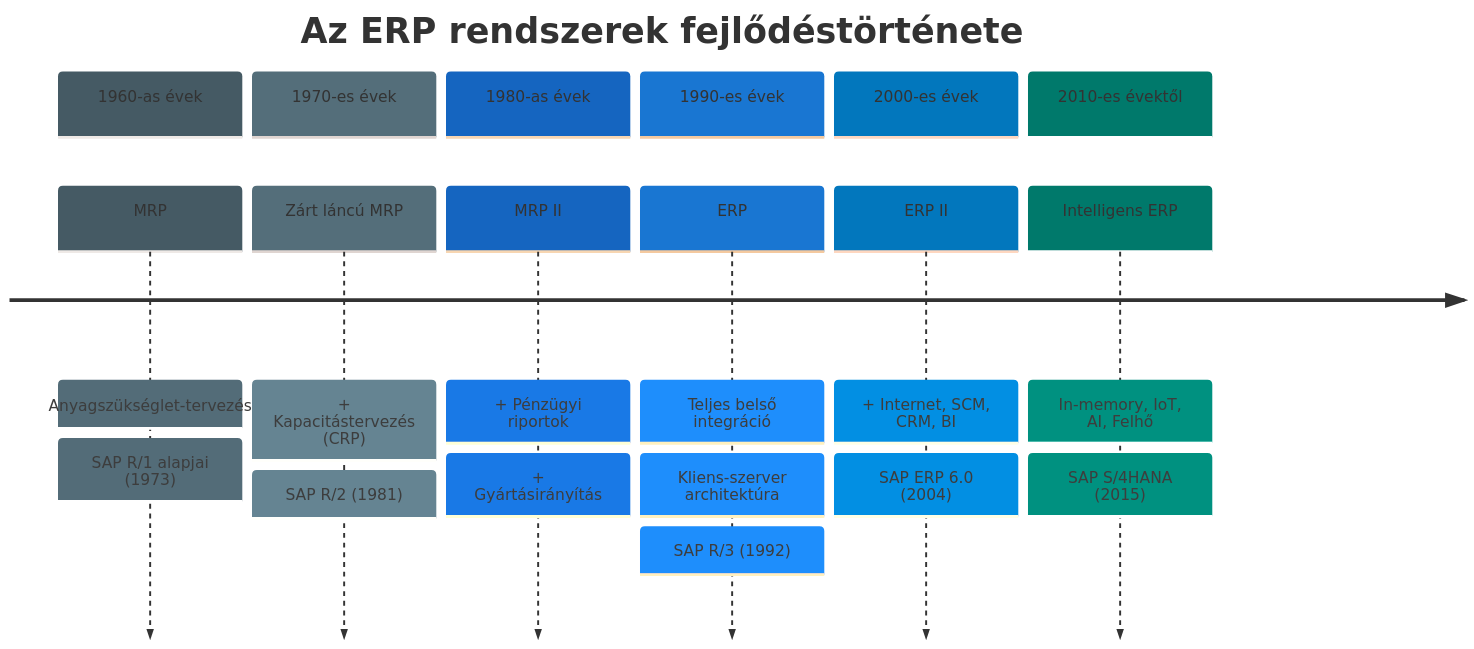
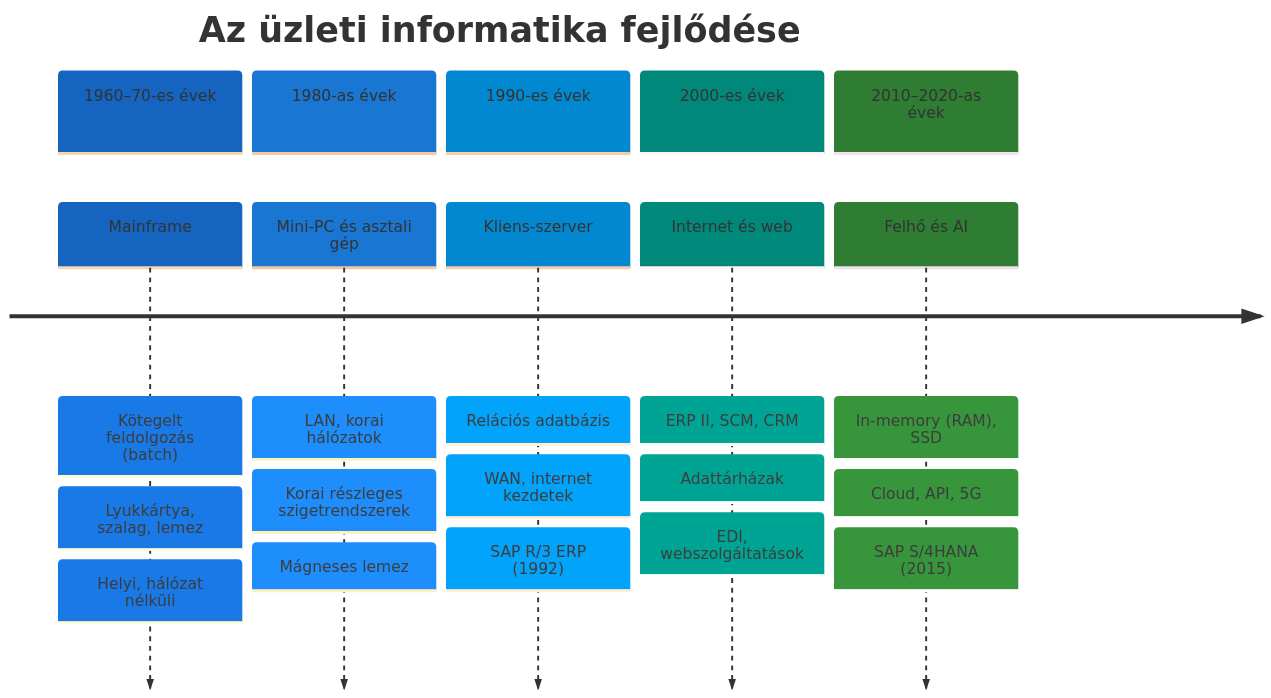
The first of 2 diagrams in Tételek/V12-GMXIV2MBLF-ERP fogalma és fejlődéstörténete.tétel.md (denespocsik/MM_BSC_Zarovizsga), drawn with Mermaid before and after one commit.

Commit message:
Update V12-GMXIV2MBLF-ERP fogalma és fejlődéstörténete.tétel.md

````diff
--- a/Tételek/V12-GMXIV2MBLF-ERP fogalma és fejlődéstörténete.tétel.md
+++ b/Tételek/V12-GMXIV2MBLF-ERP fogalma és fejlődéstörténete.tétel.md
@@ -21,24 +21,25 @@
 ```mermaid
-%%{init: {'theme': 'base', 'themeVariables': {'cScale0': '#455A64', 'cScale1': '#546E7A', 'cScale2': '#1565C0', 'cScale3': '#1976D2', 'cScale4': '#0277BD', 'cScale5': '#00796B'}}}%%
+%%{init: {'theme': 'base', 'themeVariables': {'cScale0': '#1565C0', 'cScale1': '#1976D2', 'cScale2': '#0288D1', 'cScale3': '#00897B', 'cScale4': '#2E7D32'}}}%%
 timeline
-    title Az ERP rendszerek fejlődéstörténete
-    section 1960-as évek
-        MRP : Anyagszükséglet-tervezés
-            : SAP R/1 alapjai (1973)
-    section 1970-es évek
-        Zárt láncú MRP : + Kapacitástervezés (CRP)
-                       : SAP R/2 (1981)
+    title Az üzleti informatika fejlődése
+    section 1960–70-es évek
+        Mainframe : Kötegelt feldolgozás (batch)
+                  : Lyukkártya, szalag, lemez
+                  : Helyi, hálózat nélküli
     section 1980-as évek
-        MRP II : + Pénzügyi riportok
-               : + Gyártásirányítás
+        Mini-PC és asztali gép : LAN, korai hálózatok
+                               : Korai részleges szigetrendszerek
+                               : Mágneses lemez
     section 1990-es évek
-        ERP : Teljes belső integráció
-            : Kliens-szerver architektúra
-            : SAP R/3 (1992)
+        Kliens-szerver : Relációs adatbázis
+                      : WAN, internet kezdetek
+                      : SAP R/3 ERP (1992)
     section 2000-es évek
-        ERP II : + Internet, SCM, CRM, BI
-               : SAP ERP 6.0 (2004)
-    section 2010-es évektől
-        Intelligens ERP : In-memory, IoT, AI, Felhő
-                        : SAP S/4HANA (2015)
+        Internet és web : ERP II, SCM, CRM
+                        : Adattárházak
+                        : EDI, webszolgáltatások
+    section 2010–2020-as évek
+        Felhő és AI : In-memory (RAM), SSD
+                    : Cloud, API, 5G
+                    : SAP S/4HANA (2015)
 ```
````
